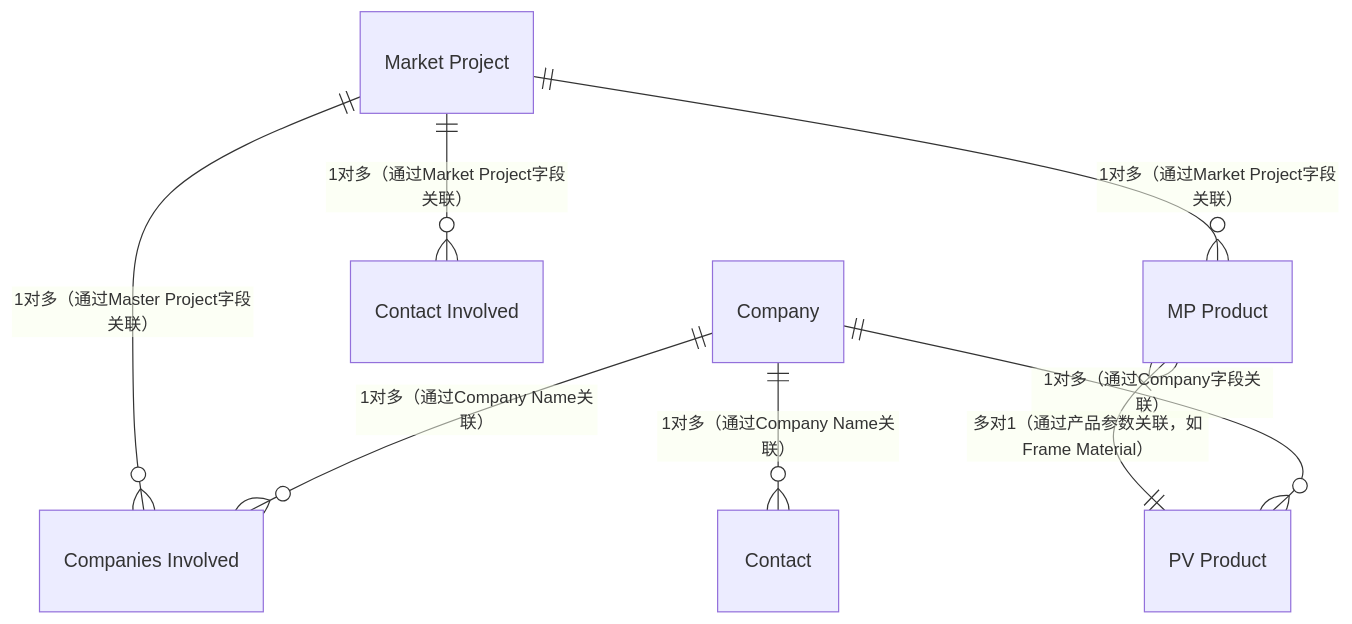
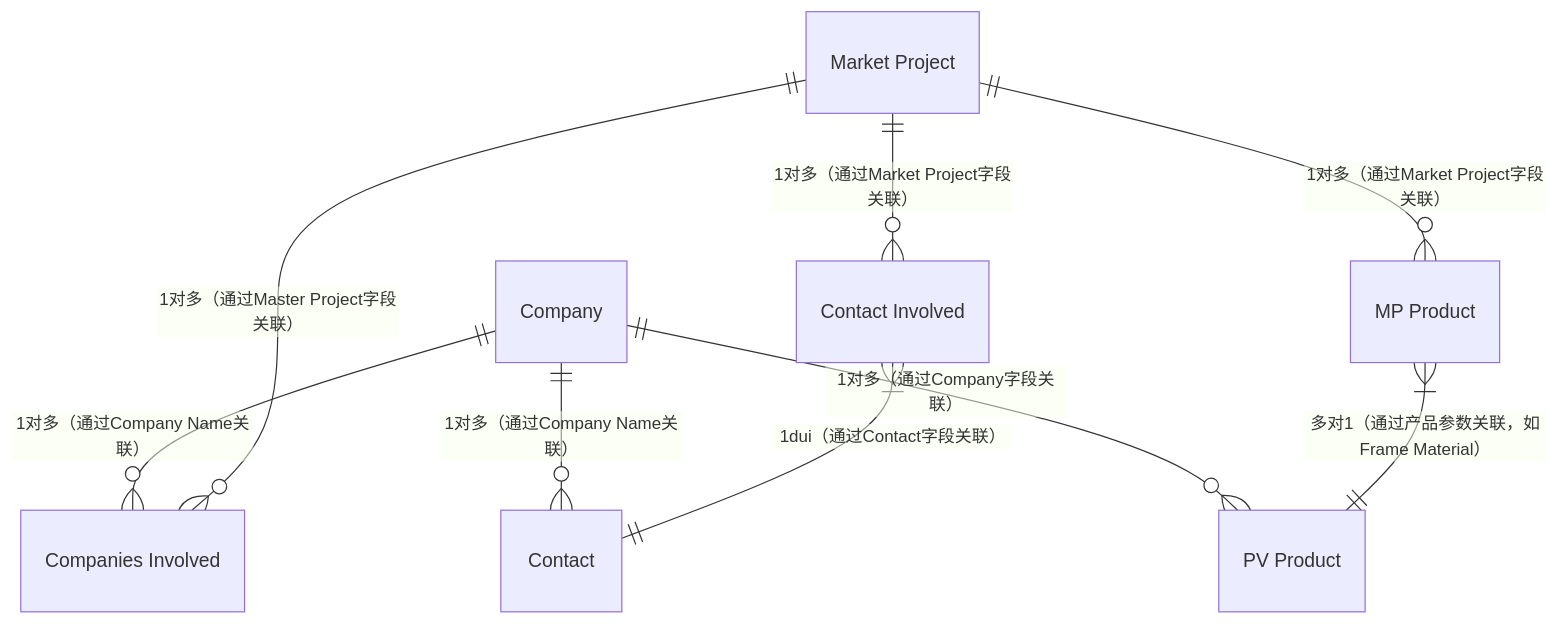
Before and after one commit to zhangziru-33/iodraw-files: the diagram in all/未命名.md, drawn with Mermaid.

Commit message:
2025-12-04 13:55:34 update

````diff
--- a/all/未命名.md
+++ b/all/未命名.md
@@ -1,12 +1,12 @@
 ```mermaid
 erDiagram
     Company ||--o{ "Companies Involved" : "1对多（通过Company Name关联）"
     Company ||--o{ "PV Product" : "1对多（通过Company字段关联）"
     Company ||--o{ "Contact" : "1对多（通过Company Name关联）"
     "Market Project" ||--o{ "Companies Involved" : "1对多（通过Master Project字段关联）"
     "Market Project" ||--o{ "Contact Involved" : "1对多（通过Market Project字段关联）"
     "Market Project" ||--o{ "MP Product" : "1对多（通过Market Project字段关联）"
     "MP Product" }|--|| "PV Product" : "多对1（通过产品参数关联，如Frame Material）"
-    %% "Contact Involved" }|--|| "Contact" : "多对1（通过Contact字段关联）"
+    "Contact Involved" }|--|| "Contact" : "1dui（通过Contact字段关联）"
     %% Contact ||--o{ "Conatct Involved" : "1对多（通过Conatct字段关联）"
 ```
````
